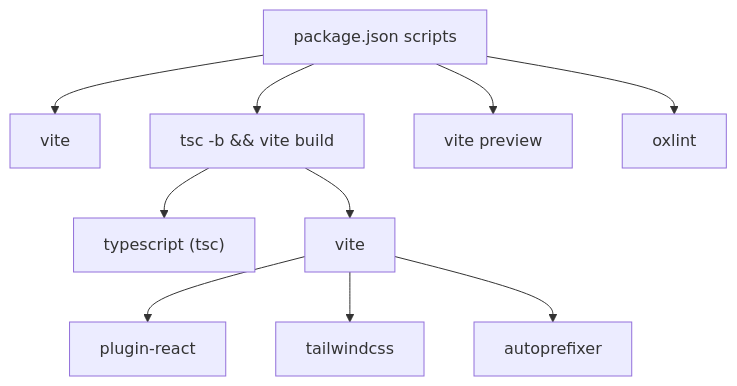
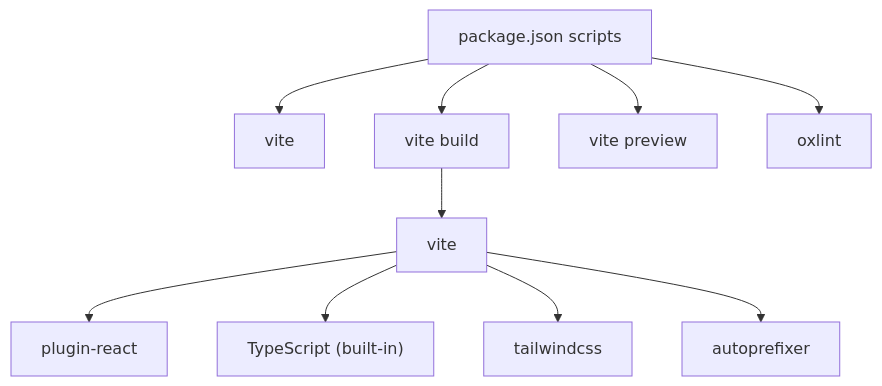
Before and after one commit to MudassarAbrar/FreshRoute-Ai: the ninth of 9 diagrams in .qoder/repowiki/en/content/Configuration & Build System/Configuration & Build System.md, drawn with Mermaid. The commit also changed other lines of this file and 10 other files, not shown here.

````diff
--- a/.qoder/repowiki/en/content/Configuration & Build System/Configuration & Build System.md
+++ b/.qoder/repowiki/en/content/Configuration & Build System/Configuration & Build System.md
@@ -267,12 +283,12 @@
 ```mermaid
 graph TB
 Pkg["package.json scripts"] --> Dev["vite"]
-Pkg --> Build["tsc -b && vite build"]
+Pkg --> Build["vite build"]
 Pkg --> Preview["vite preview"]
-Build --> TSC["typescript (tsc)"]
 Build --> Vite["vite"]
 Vite --> ReactP["plugin-react"]
+Vite --> TS["TypeScript (built-in)"]
 Vite --> Tail["tailwindcss"]
 Vite --> Auto["autoprefixer"]
 Pkg --> OXL["oxlint"]
 ```
````
